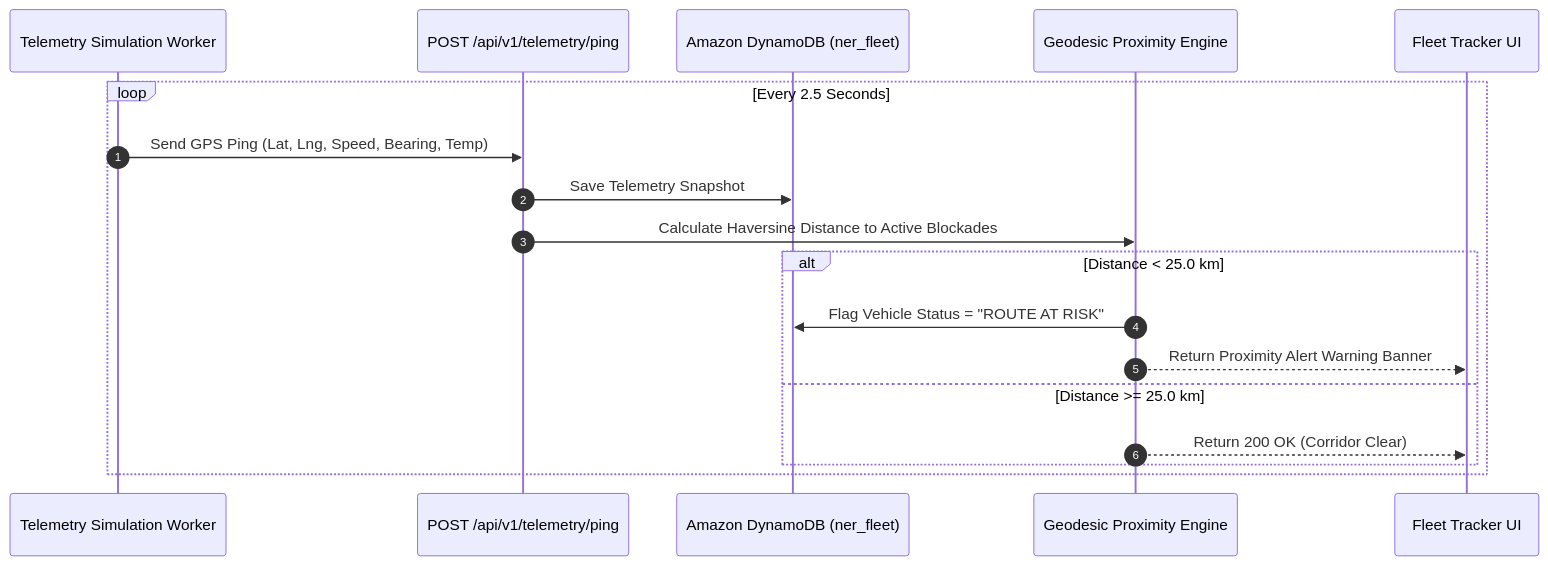
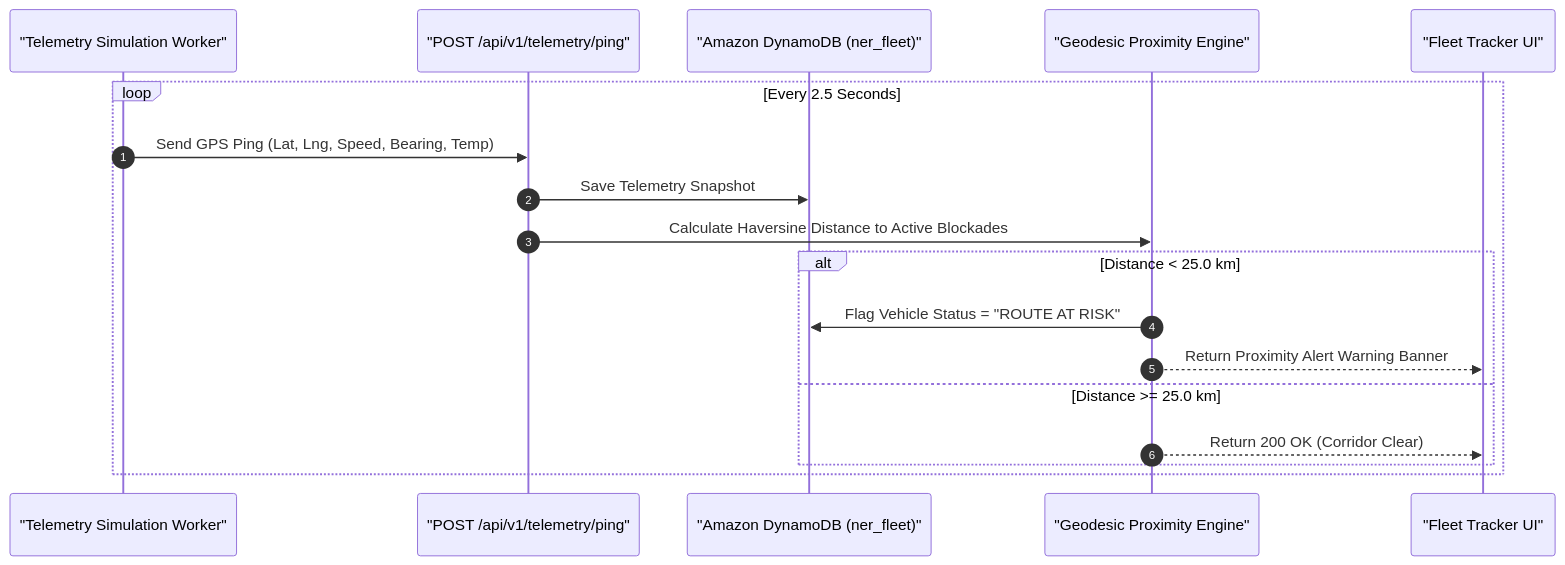
One commit to Hritik983567-Art/NERIS changed the fifth of 7 diagrams in ARCHITECTURE.md. Above: the diagram before and after it, drawn with Mermaid. The commit also changed other lines of this file and 1 other file, not shown here.

Commit message:
fix(docs): quote all sequence diagram participant aliases in ARCHITECTURE.md and DOCUMENTATION.md

````diff
--- a/ARCHITECTURE.md
+++ b/ARCHITECTURE.md
@@ -120,22 +120,22 @@
 ```mermaid
 sequenceDiagram
     autonumber
-    participant Sim as Telemetry Simulation Worker
-    participant API as POST /api/v1/telemetry/ping
-    participant DDB as Amazon DynamoDB (ner_fleet)
-    participant Geo as Geodesic Proximity Engine
-    participant UI as Fleet Tracker UI
+    participant Sim as "Telemetry Simulation Worker"
+    participant API as "POST /api/v1/telemetry/ping"
+    participant DDB as "Amazon DynamoDB (ner_fleet)"
+    participant Geo as "Geodesic Proximity Engine"
+    participant UI as "Fleet Tracker UI"
 
     loop Every 2.5 Seconds
         Sim->>API: Send GPS Ping (Lat, Lng, Speed, Bearing, Temp)
         API->>DDB: Save Telemetry Snapshot
         API->>Geo: Calculate Haversine Distance to Active Blockades
         
         alt Distance < 25.0 km
             Geo->>DDB: Flag Vehicle Status = "ROUTE AT RISK"
             Geo-->>UI: Return Proximity Alert Warning Banner
         else Distance >= 25.0 km
             Geo-->>UI: Return 200 OK (Corridor Clear)
         end
     end
 ```
````
